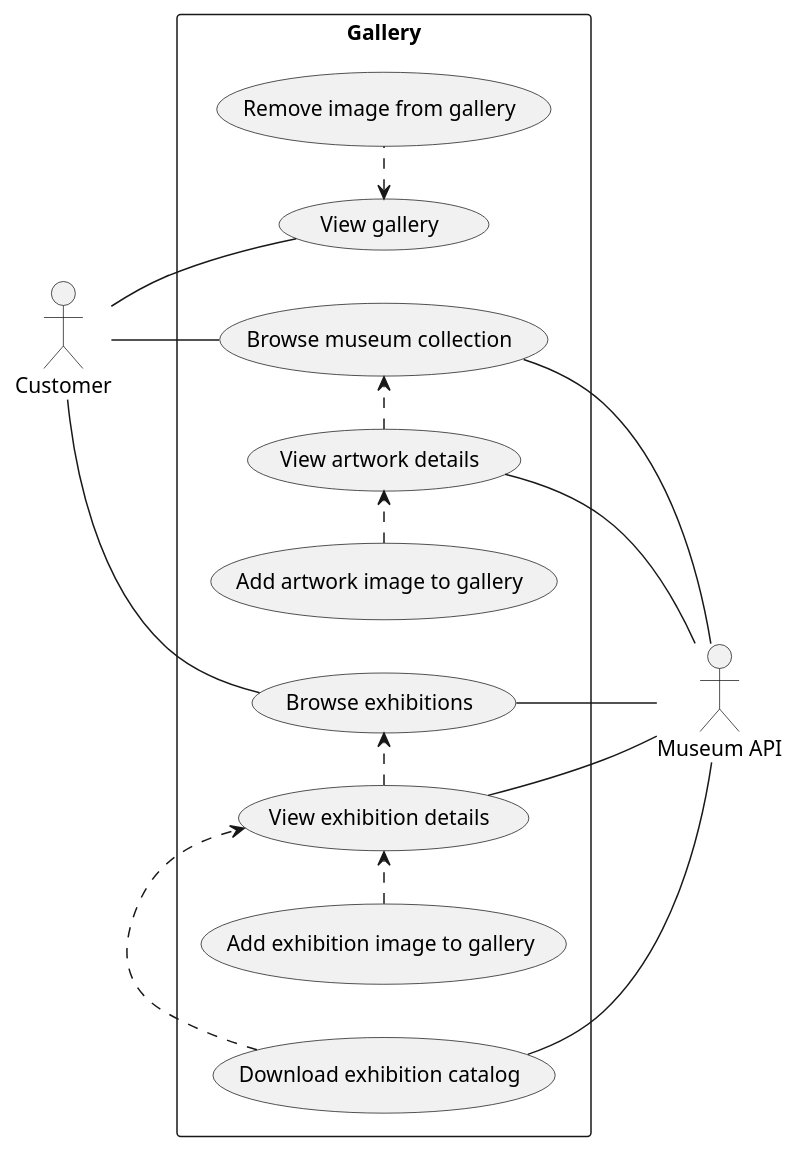
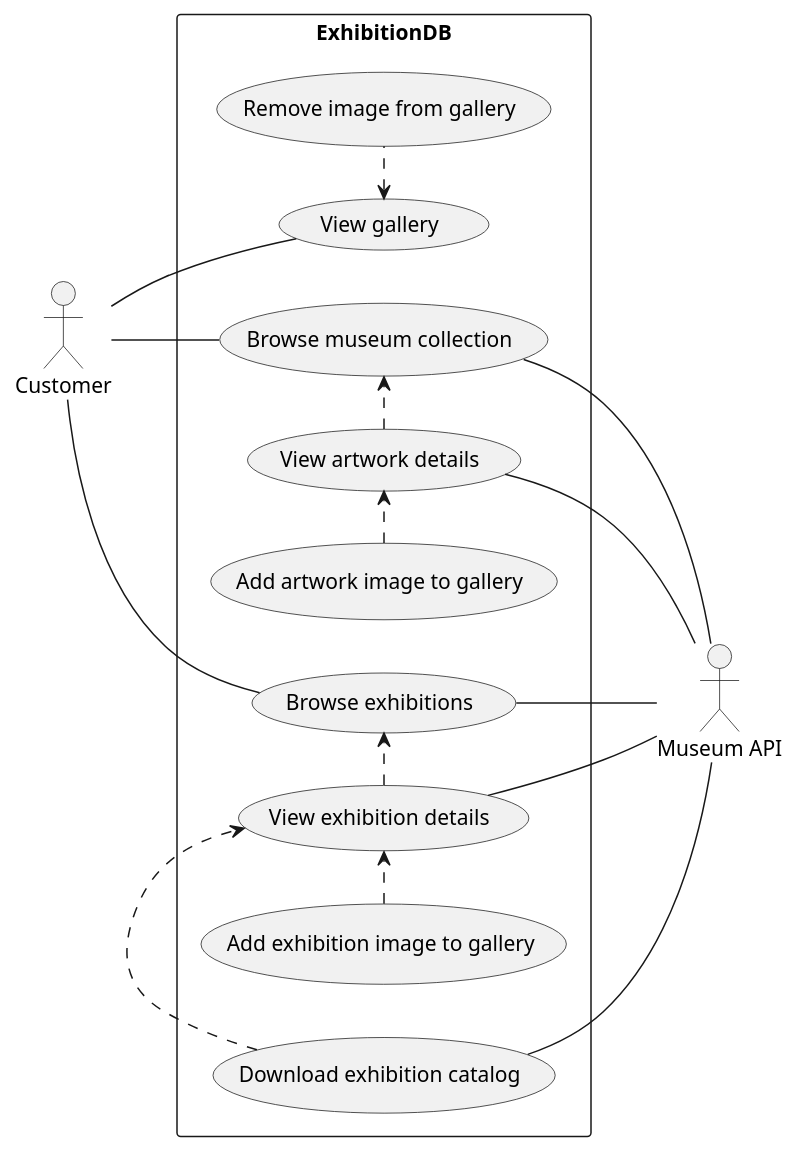
One commit to rednaw/exhibitionDB changed the diagram in doc/Gallery_usecase.iuml. Above: the diagram before and after it, drawn with PlantUML.

```diff
--- a/doc/Gallery_usecase.iuml
+++ b/doc/Gallery_usecase.iuml
@@ -1,22 +1,22 @@
 @startuml Gallery_usecase
 left to right direction
 skinparam packageStyle rectangle
 actor Customer
 actor "Museum API" as museum
-rectangle "Gallery" {
+rectangle "ExhibitionDB" {
   Customer -- (View gallery)
   (View gallery) <. (Remove image from gallery)
   Customer -- (Browse museum collection)
   (View artwork details) .> (Browse museum collection)
   (View artwork details) -- museum
   (Add artwork image to gallery) .> (View artwork details)
   (Browse museum collection) -- museum
   Customer -- (Browse exhibitions)
   (Browse exhibitions) -- museum
   (View exhibition details) .> (Browse exhibitions)
   (View exhibition details) -- museum
   (Add exhibition image to gallery) .> (View exhibition details)
   (Download exhibition catalog) .> (View exhibition details)
   (Download exhibition catalog) -- museum
 }
 @enduml
```
